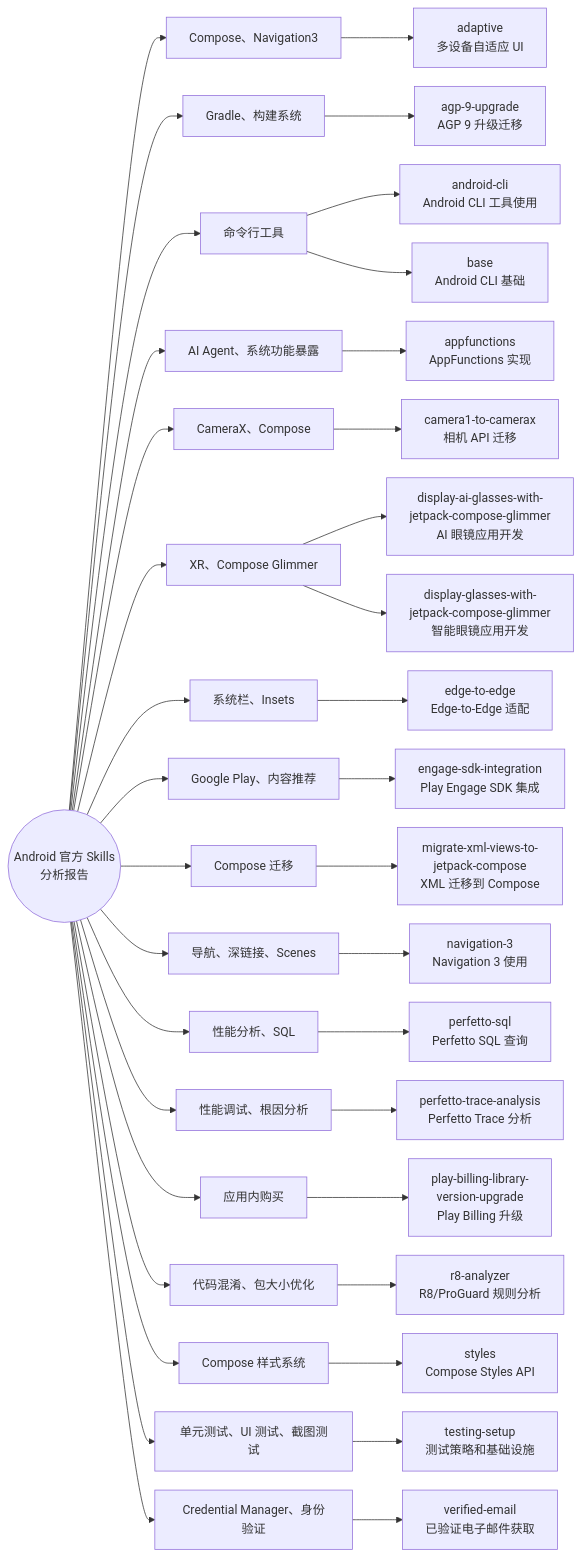
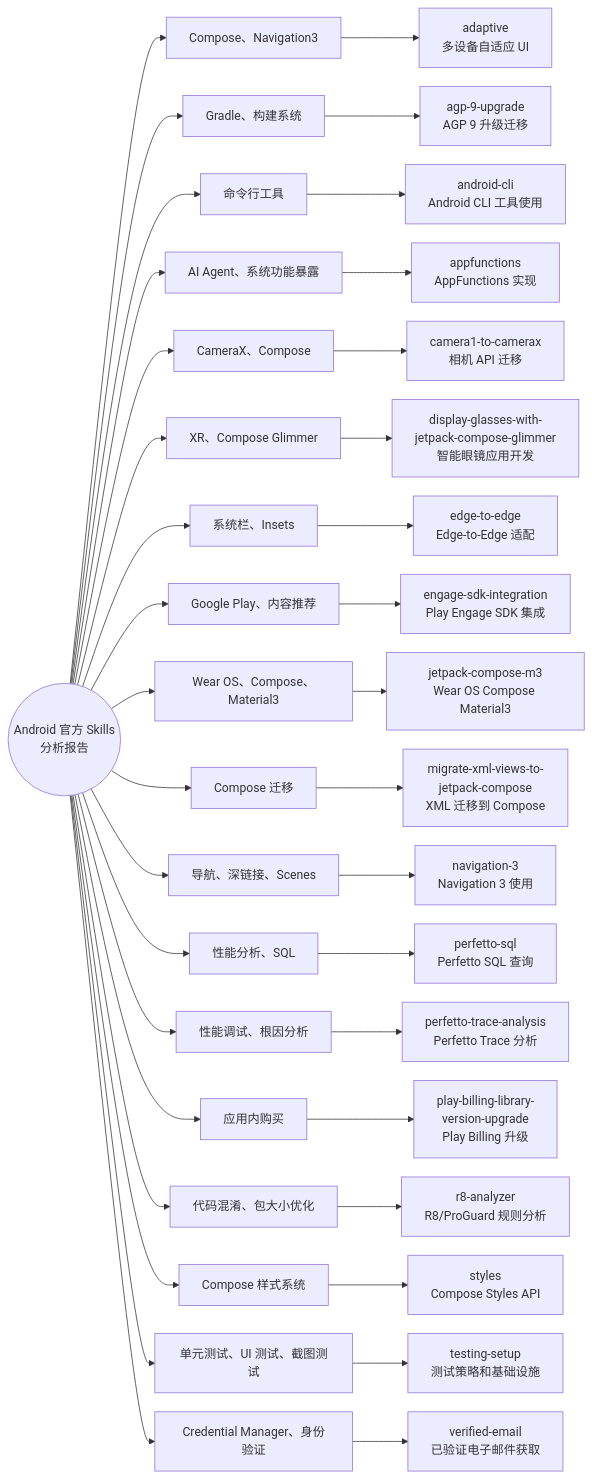
The diagram in _posts/2026-05-18-skills-analysis-report.md (androidmalin/androidmalin.github.io), drawn with Mermaid before and after one commit. The commit also changed other lines of this file and 3 other files, not shown here.

````diff
--- a/_posts/2026-05-18-skills-analysis-report.md
+++ b/_posts/2026-05-18-skills-analysis-report.md
@@ -409,58 +401,59 @@
 ```mermaid
 %%{init: {"flowchart": {"curve": "basis", "nodeSpacing": 25, "rankSpacing": 45}} }%%
 flowchart LR
     ROOT((Android 官方 Skills<br/>分析报告))
 
     ROOT --> T1[Compose、Navigation3]
     T1 --> S1[adaptive<br/>多设备自适应 UI]
 
     ROOT --> T2[Gradle、构建系统]
     T2 --> S2[agp-9-upgrade<br/>AGP 9 升级迁移]
 
     ROOT --> T3[命令行工具]
-    T3 --> S3A[android-cli<br/>Android CLI 工具使用]
-    T3 --> S3B[base<br/>Android CLI 基础]
+    T3 --> S3[android-cli<br/>Android CLI 工具使用]
 
     ROOT --> T4[AI Agent、系统功能暴露]
     T4 --> S4[appfunctions<br/>AppFunctions 实现]
 
     ROOT --> T5[CameraX、Compose]
     T5 --> S5[camera1-to-camerax<br/>相机 API 迁移]
 
     ROOT --> T6[XR、Compose Glimmer]
-    T6 --> S6A[display-ai-glasses-with-<br/>jetpack-compose-glimmer<br/>AI 眼镜应用开发]
-    T6 --> S6B[display-glasses-with-<br/>jetpack-compose-glimmer<br/>智能眼镜应用开发]
+    T6 --> S6[display-glasses-with-<br/>jetpack-compose-glimmer<br/>智能眼镜应用开发]
 
     ROOT --> T7[系统栏、Insets]
     T7 --> S7[edge-to-edge<br/>Edge-to-Edge 适配]
 
     ROOT --> T8[Google Play、内容推荐]
     T8 --> S8[engage-sdk-integration<br/>Play Engage SDK 集成]
 
-    ROOT --> T9[Compose 迁移]
-    T9 --> S9[migrate-xml-views-to-<br/>jetpack-compose<br/>XML 迁移到 Compose]
+    ROOT --> T9[Wear OS、Compose、Material3]
+    T9 --> S9[jetpack-compose-m3<br/>Wear OS Compose Material3]
 
-    ROOT --> T10[导航、深链接、Scenes]
-    T10 --> S10[navigation-3<br/>Navigation 3 使用]
+    ROOT --> T10[Compose 迁移]
+    T10 --> S10[migrate-xml-views-to-<br/>jetpack-compose<br/>XML 迁移到 Compose]
 
-    ROOT --> T11[性能分析、SQL]
-    T11 --> S11[perfetto-sql<br/>Perfetto SQL 查询]
+    ROOT --> T11[导航、深链接、Scenes]
+    T11 --> S11[navigation-3<br/>Navigation 3 使用]
 
-    ROOT --> T12[性能调试、根因分析]
-    T12 --> S12[perfetto-trace-analysis<br/>Perfetto Trace 分析]
+    ROOT --> T12[性能分析、SQL]
+    T12 --> S12[perfetto-sql<br/>Perfetto SQL 查询]
 
-    ROOT --> T13[应用内购买]
-    T13 --> S13[play-billing-library-<br/>version-upgrade<br/>Play Billing 升级]
+    ROOT --> T13[性能调试、根因分析]
+    T13 --> S13[perfetto-trace-analysis<br/>Perfetto Trace 分析]
 
-    ROOT --> T14[代码混淆、包大小优化]
-    T14 --> S14[r8-analyzer<br/>R8/ProGuard 规则分析]
+    ROOT --> T14[应用内购买]
+    T14 --> S14[play-billing-library-<br/>version-upgrade<br/>Play Billing 升级]
 
-    ROOT --> T15[Compose 样式系统]
-    T15 --> S15[styles<br/>Compose Styles API]
+    ROOT --> T15[代码混淆、包大小优化]
+    T15 --> S15[r8-analyzer<br/>R8/ProGuard 规则分析]
 
-    ROOT --> T16[单元测试、UI 测试、截图测试]
-    T16 --> S16[testing-setup<br/>测试策略和基础设施]
+    ROOT --> T16[Compose 样式系统]
+    T16 --> S16[styles<br/>Compose Styles API]
 
-    ROOT --> T17[Credential Manager、身份验证]
-    T17 --> S17[verified-email<br/>已验证电子邮件获取]
+    ROOT --> T17[单元测试、UI 测试、截图测试]
+    T17 --> S17[testing-setup<br/>测试策略和基础设施]
+
+    ROOT --> T18[Credential Manager、身份验证]
+    T18 --> S18[verified-email<br/>已验证电子邮件获取]
 ```
````
